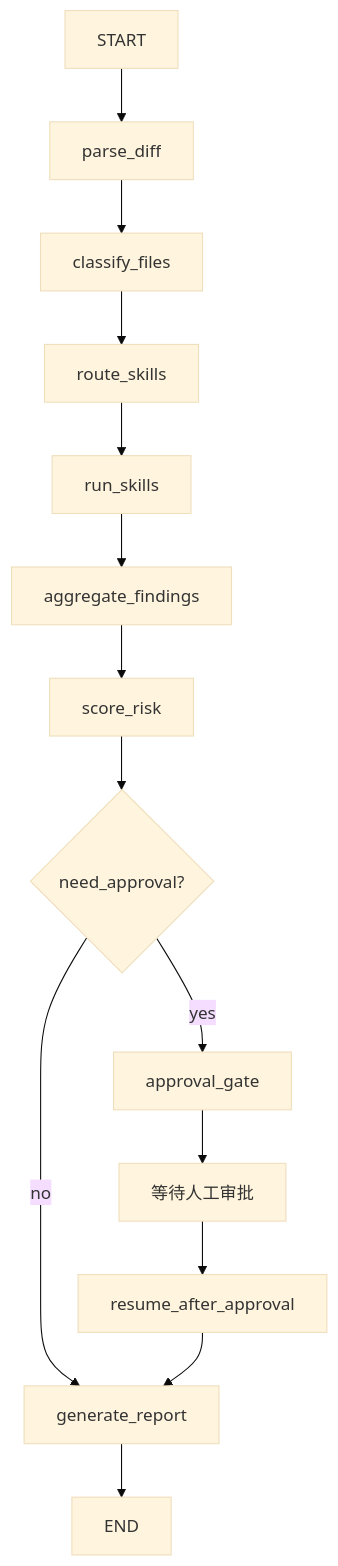
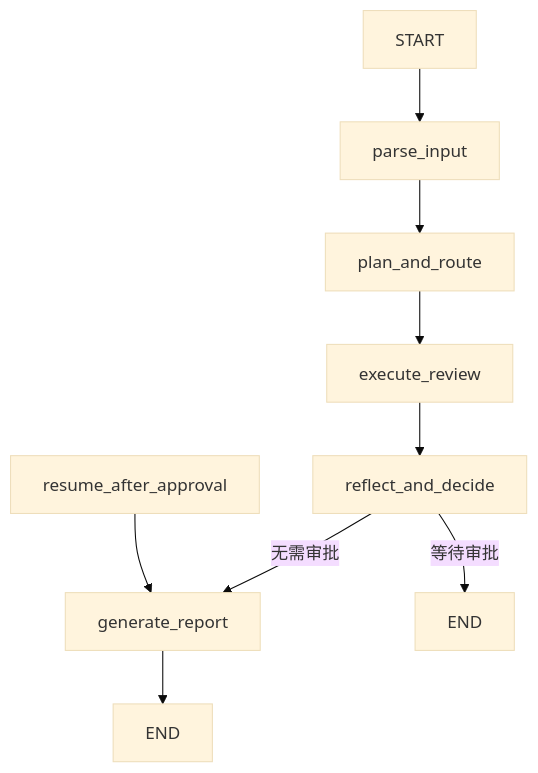
Before and after one commit to w1flyyy-CUMT/code-review-agent: the diagram in README.md, drawn with Mermaid (base theme). The commit also changed other lines of this file and 23 other files, not shown here.

````diff
--- a/README.md
+++ b/README.md
@@ -99,16 +99,11 @@
 ```mermaid
 flowchart TD
-    A["START"] --> B["parse_diff"]
-    B --> C["classify_files"]
-    C --> D["route_skills"]
-    D --> E["run_skills"]
-    E --> F["aggregate_findings"]
-    F --> G["score_risk"]
-    G --> H{"need_approval?"}
-    H -->|yes| I["approval_gate"]
-    H -->|no| J["generate_report"]
-    I --> K["等待人工审批"]
-    K --> L["resume_after_approval"]
-    L --> J
-    J --> M["END"]
+    A["START"] --> B["parse_input"]
+    B --> C["plan_and_route"]
+    C --> D["execute_review"]
+    D --> E["reflect_and_decide"]
+    E -->|无需审批| F["generate_report"]
+    E -->|等待审批| G["END"]
+    H["resume_after_approval"] --> F
+    F --> I["END"]
 ```
````
